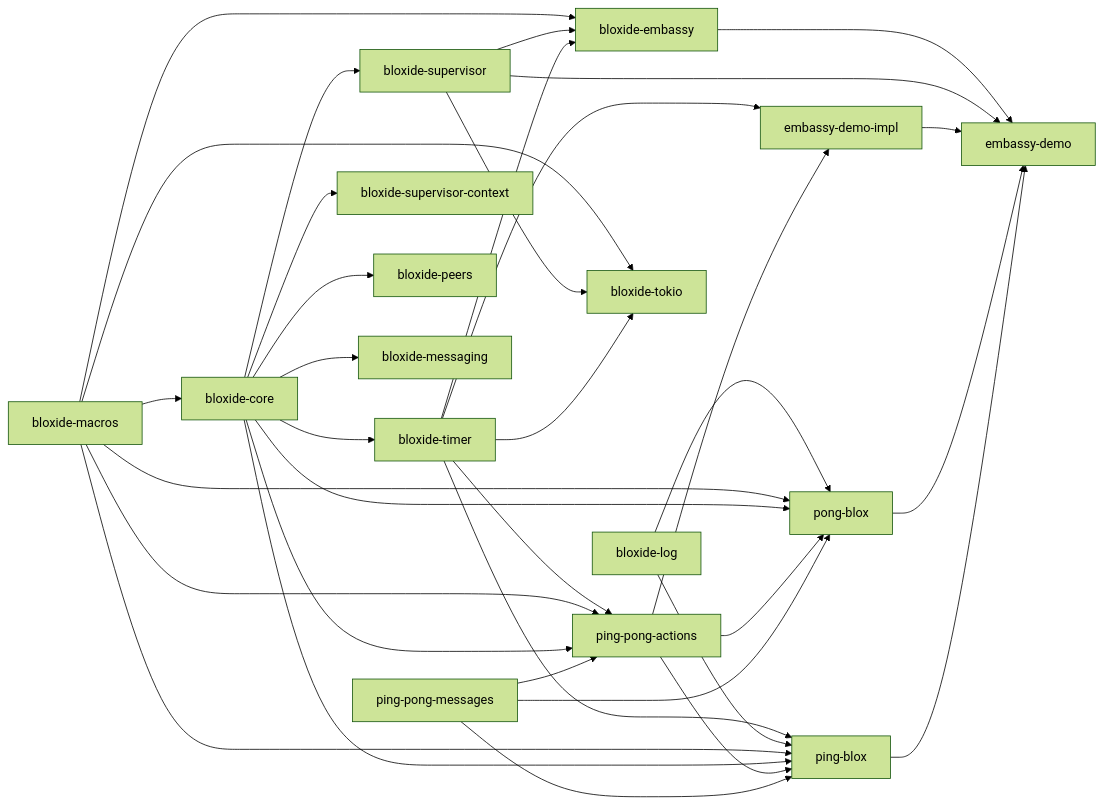
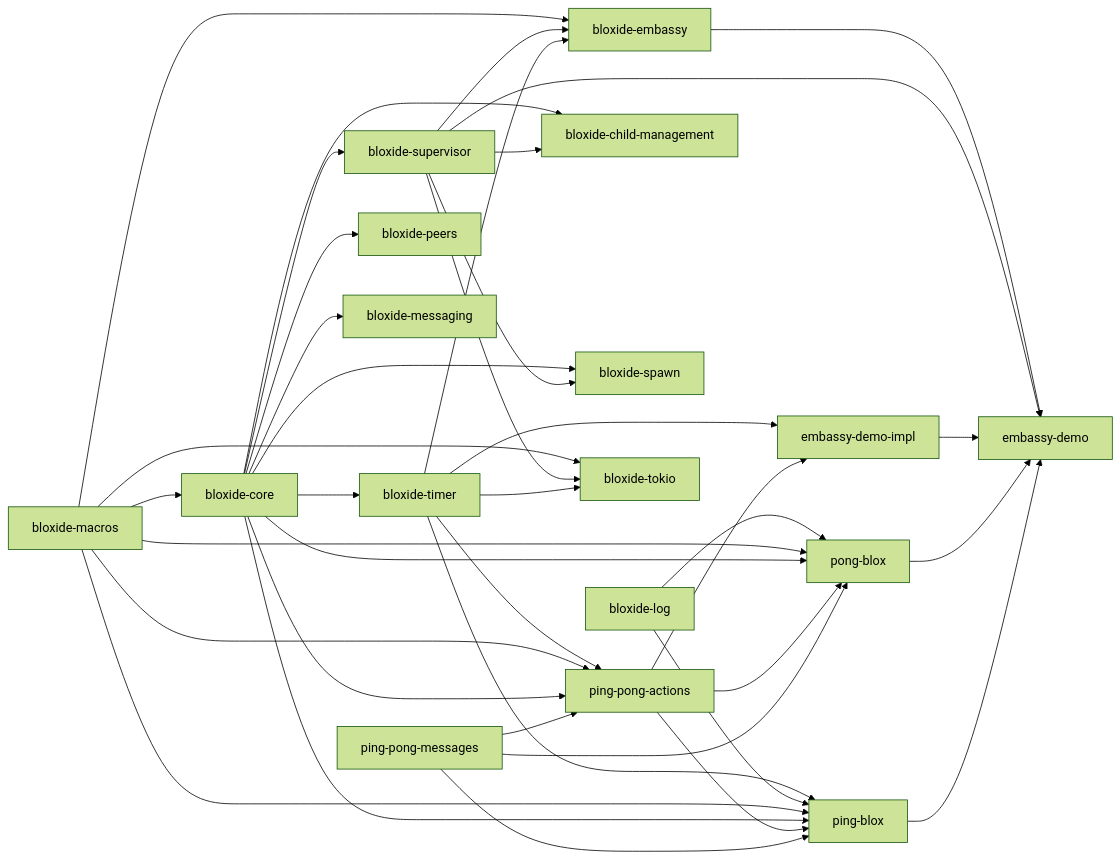
The second of 2 diagrams in spec/architecture/01-system-architecture.md (bloxide-com/bloxide), drawn with Mermaid (forest theme) before and after one commit. The commit also changed other lines of this file and 15 other files, not shown here.

````diff
--- a/spec/architecture/01-system-architecture.md
+++ b/spec/architecture/01-system-architecture.md
@@ -64,59 +65,63 @@
 ```mermaid
 flowchart LR
     ppMsg[ping-pong-messages]
     ppActions[ping-pong-actions]
     ping[ping-blox]
     pong[pong-blox]
     demoImpl[embassy-demo-impl]
     core[bloxide-core]
     macros[bloxide-macros]
     log[bloxide-log]
     timer[bloxide-timer]
     supervisor[bloxide-supervisor]
-    supctx[bloxide-supervisor-context]
+    childmgmt[bloxide-child-management]
+    spawn[bloxide-spawn]
     peers[bloxide-peers]
     messaging[bloxide-messaging]
     embassy[bloxide-embassy]
     tokio[bloxide-tokio]
     demo[embassy-demo]
 
     macros --> core
     core --> timer
     core --> supervisor
-    core --> supctx
+    supervisor --> childmgmt
+    supervisor --> spawn
+    core --> childmgmt
+    core --> spawn
     core --> peers
     core --> messaging
     timer --> embassy
     timer --> tokio
     supervisor --> embassy
     supervisor --> tokio
     macros --> embassy
     macros --> tokio
 
     ppMsg --> ppActions
     core --> ppActions
     macros --> ppActions
     timer --> ppActions
 
     ppMsg --> ping
     ppActions --> ping
     core --> ping
     macros --> ping
     log --> ping
     timer --> ping
 
     ppMsg --> pong
     ppActions --> pong
     core --> pong
     macros --> pong
     log --> pong
 
     ppActions --> demoImpl
     timer --> demoImpl
 
     ping --> demo
     pong --> demo
     demoImpl --> demo
     supervisor --> demo
     embassy --> demo
 ```
````
